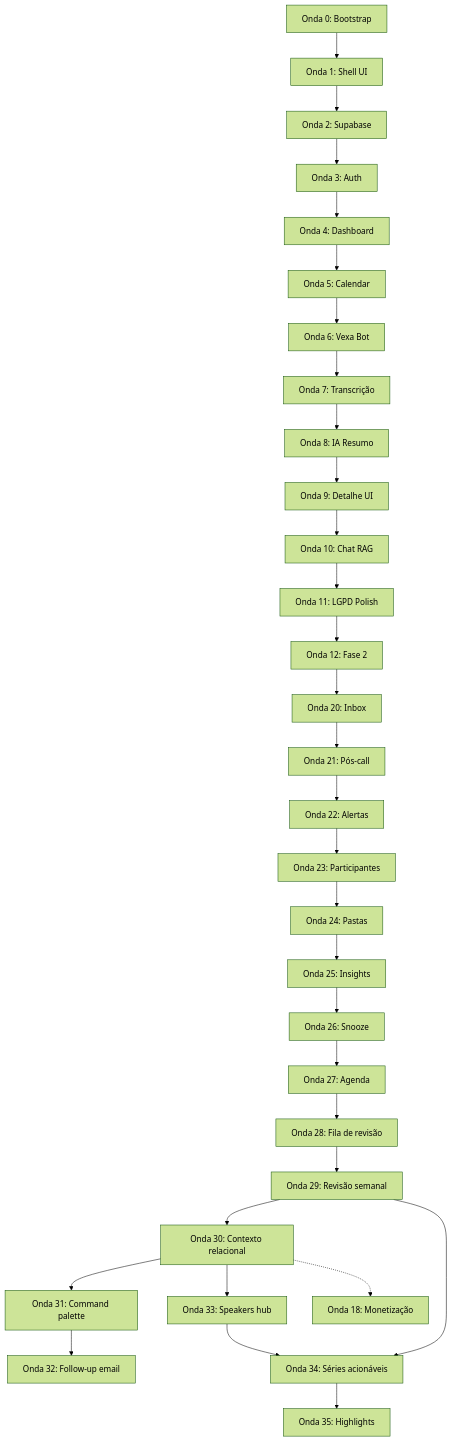
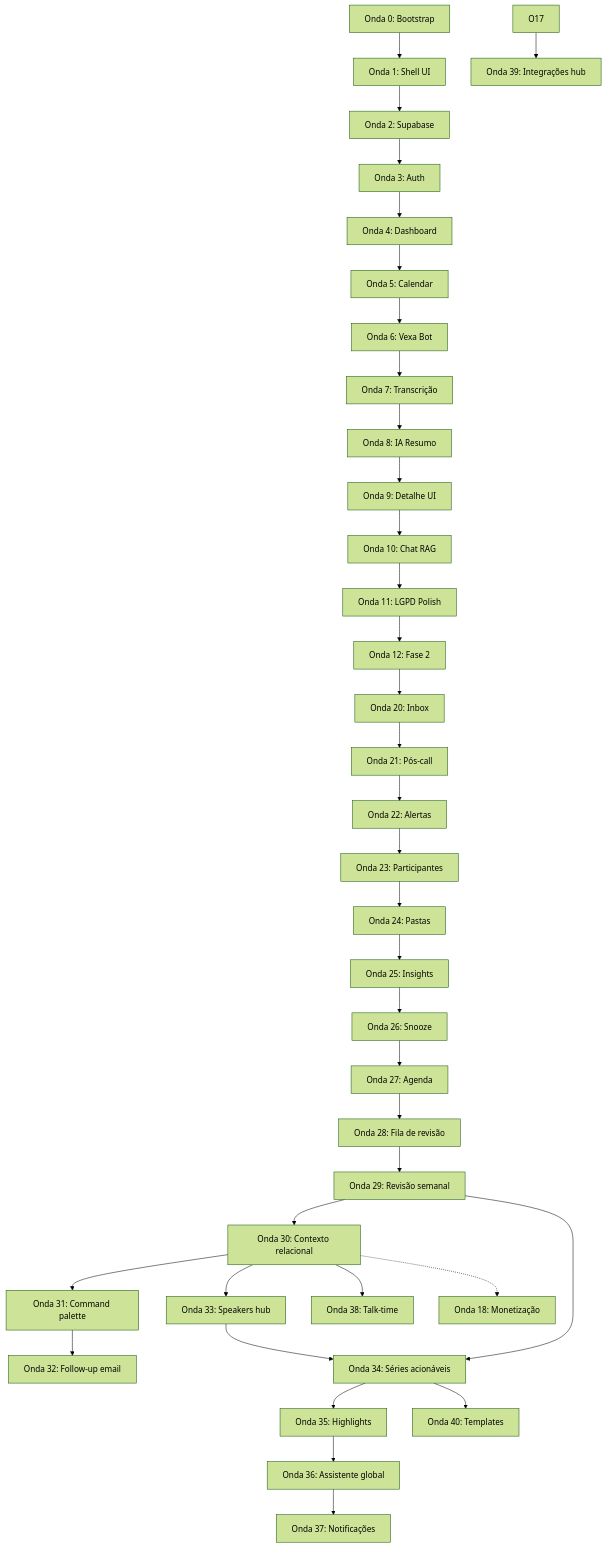
One commit to solerpedroo/reuniai changed the first of 3 diagrams in implementation-plan.md. Above: the diagram before and after it, drawn with Mermaid (forest theme). The commit also changed other lines of this file, not shown here.

````diff
--- a/implementation-plan.md
+++ b/implementation-plan.md
@@ -102,33 +112,38 @@
 ```mermaid
 flowchart TD
     O0[Onda 0: Bootstrap] --> O1[Onda 1: Shell UI]
     O1 --> O2[Onda 2: Supabase]
     O2 --> O3[Onda 3: Auth]
     O3 --> O4[Onda 4: Dashboard]
     O4 --> O5[Onda 5: Calendar]
     O5 --> O6[Onda 6: Vexa Bot]
     O6 --> O7[Onda 7: Transcrição]
     O7 --> O8[Onda 8: IA Resumo]
     O8 --> O9[Onda 9: Detalhe UI]
     O9 --> O10[Onda 10: Chat RAG]
     O10 --> O11[Onda 11: LGPD Polish]
     O11 --> O12[Onda 12: Fase 2]
     O12 --> O20[Onda 20: Inbox]
     O20 --> O21[Onda 21: Pós-call]
     O21 --> O22[Onda 22: Alertas]
     O22 --> O23[Onda 23: Participantes]
     O23 --> O24[Onda 24: Pastas]
     O24 --> O25[Onda 25: Insights]
     O25 --> O26[Onda 26: Snooze]
     O26 --> O27[Onda 27: Agenda]
     O27 --> O28[Onda 28: Fila de revisão]
     O28 --> O29[Onda 29: Revisão semanal]
     O29 --> O30[Onda 30: Contexto relacional]
     O30 --> O31[Onda 31: Command palette]
     O31 --> O32[Onda 32: Follow-up email]
     O30 --> O33[Onda 33: Speakers hub]
     O29 --> O34[Onda 34: Séries acionáveis]
     O33 --> O34
     O34 --> O35[Onda 35: Highlights]
+    O35 --> O36[Onda 36: Assistente global]
+    O36 --> O37[Onda 37: Notificações]
+    O30 --> O38[Onda 38: Talk-time]
+    O17 --> O39[Onda 39: Integrações hub]
+    O34 --> O40[Onda 40: Templates]
     O30 -.-> O18[Onda 18: Monetização]
 ```
````
